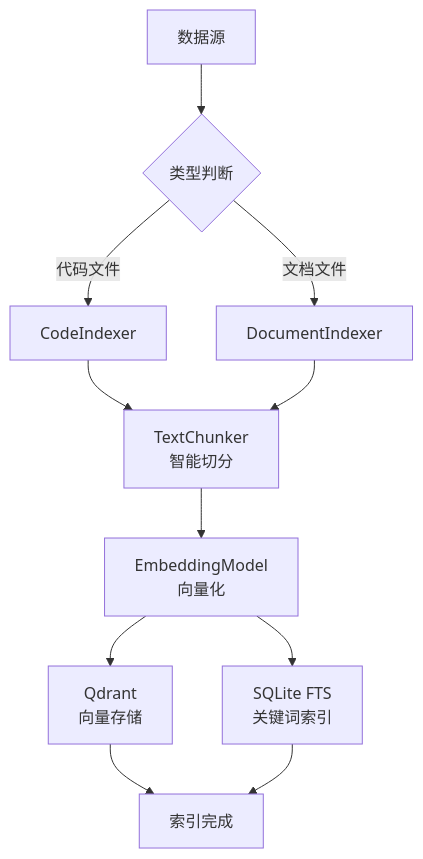
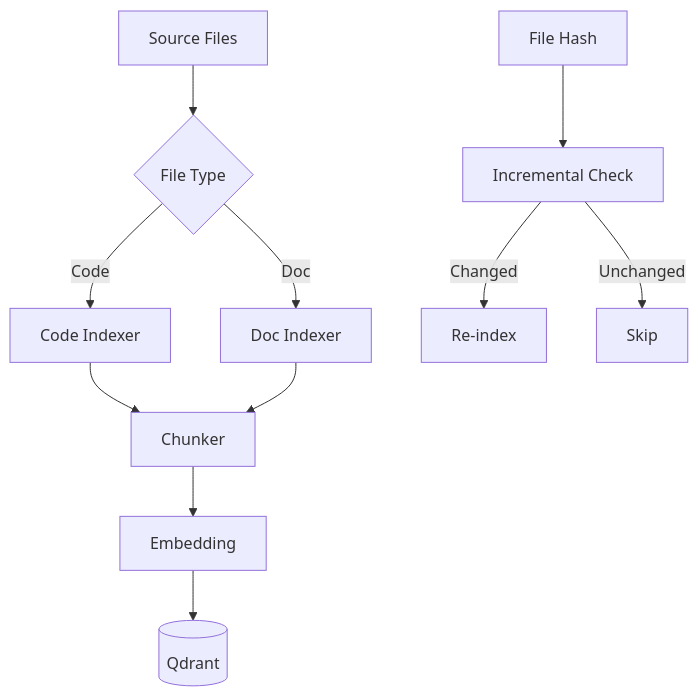
One commit to fengshao1227/woerk_rag changed the diagram in indexer/CLAUDE.md. Above: the diagram before and after it, drawn with Mermaid. The commit also changed other lines of this file and 13 other files, not shown here.

````diff
--- a/indexer/CLAUDE.md
+++ b/indexer/CLAUDE.md
@@ -29,16 +21,13 @@
 ```mermaid
-graph TB
-    A[数据源] --> B{类型判断}
-    B -->|代码文件| C[CodeIndexer]
-    B -->|文档文件| D[DocumentIndexer]
-
-    C --> E[TextChunker<br/>智能切分]
-    D --> E
-
-    E --> F[EmbeddingModel<br/>向量化]
-    F --> G[Qdrant<br/>向量存储]
-    F --> H[SQLite FTS<br/>关键词索引]
-
-    G --> I[索引完成]
-    H --> I
+graph TD
+    Files[Source Files] --> Detect{File Type}
+    Detect -->|Code| CodeIdx[Code Indexer]
+    Detect -->|Doc| DocIdx[Doc Indexer]
+    CodeIdx --> Chunk[Chunker]
+    DocIdx --> Chunk
+    Chunk --> Embed[Embedding]
+    Embed --> Qdrant[(Qdrant)]
+    Hash[File Hash] --> Incr[Incremental Check]
+    Incr -->|Changed| Index[Re-index]
+    Incr -->|Unchanged| Skip[Skip]
 ```
````
